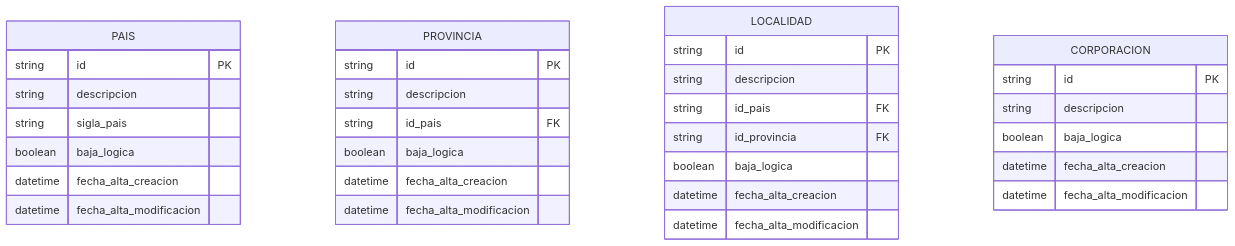
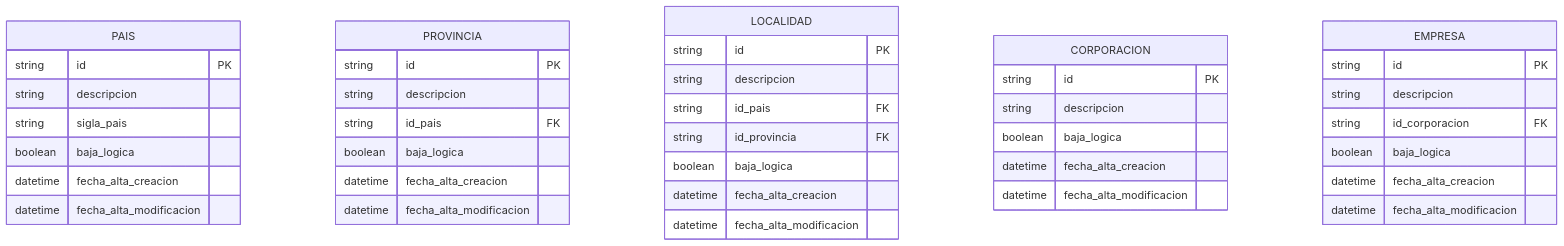
One commit to GabrielAlejandroArroyo/MiddlewareDesigner changed the first of 2 diagrams in documentacion/arquitectura/modelos_datos.md. Above: the diagram before and after it, drawn with Mermaid. The commit also changed 5 other files, not shown here.

````diff
--- a/documentacion/arquitectura/modelos_datos.md
+++ b/documentacion/arquitectura/modelos_datos.md
@@ -8,35 +8,43 @@
 ```mermaid
 erDiagram
     PAIS {
         string id PK
         string descripcion
         string sigla_pais
         boolean baja_logica
         datetime fecha_alta_creacion
         datetime fecha_alta_modificacion
     }
     PROVINCIA {
         string id PK
         string descripcion
         string id_pais FK
         boolean baja_logica
         datetime fecha_alta_creacion
         datetime fecha_alta_modificacion
     }
     LOCALIDAD {
         string id PK
         string descripcion
         string id_pais FK
         string id_provincia FK
         boolean baja_logica
         datetime fecha_alta_creacion
         datetime fecha_alta_modificacion
     }
     CORPORACION {
         string id PK
         string descripcion
         boolean baja_logica
         datetime fecha_alta_creacion
         datetime fecha_alta_modificacion
     }
+    EMPRESA {
+        string id PK
+        string descripcion
+        string id_corporacion FK
+        boolean baja_logica
+        datetime fecha_alta_creacion
+        datetime fecha_alta_modificacion
+    }
 ```
````
